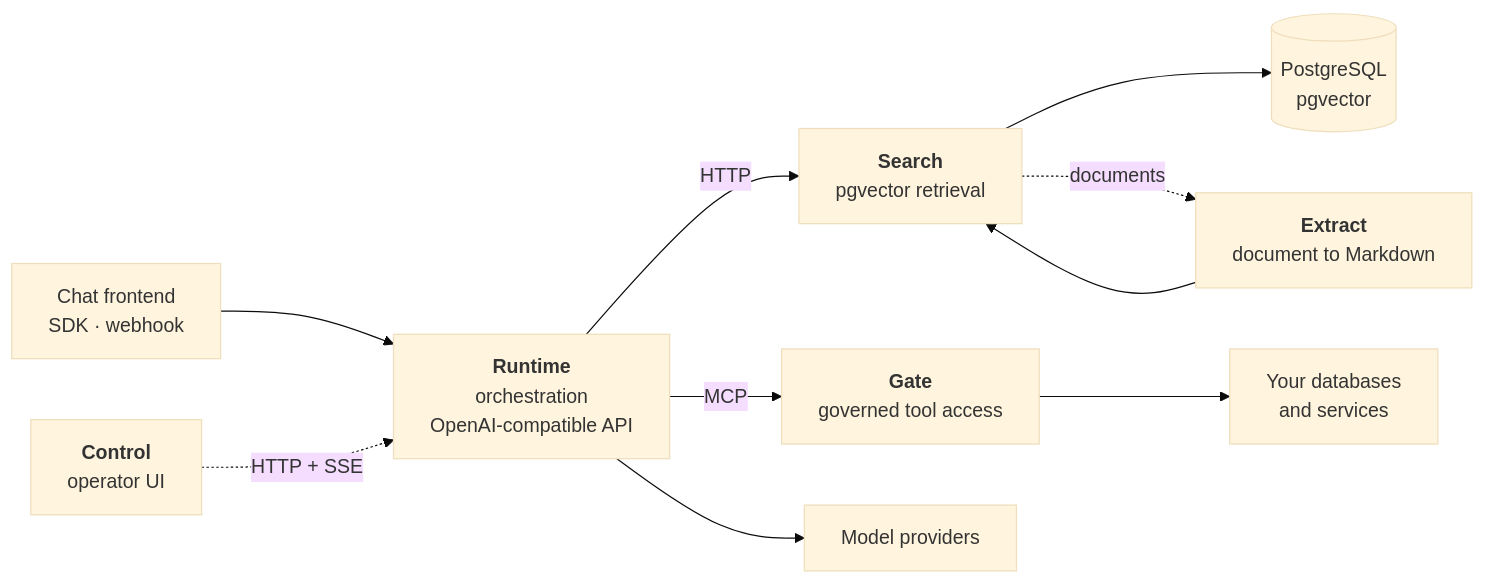
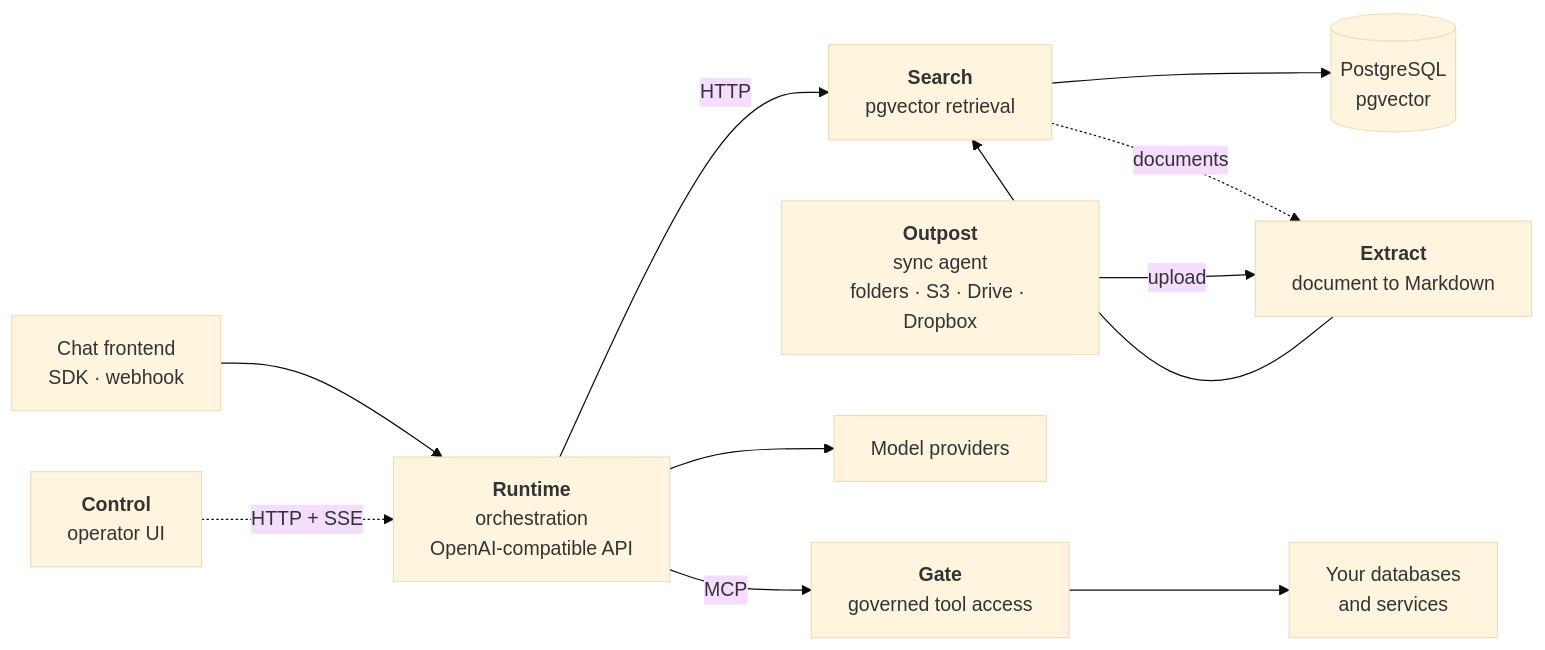
Before and after one commit to Abillify/atf: the diagram in README.md, drawn with Mermaid (base theme). The commit also changed other lines of this file and 26 other files, not shown here.

````diff
--- a/README.md
+++ b/README.md
@@ -94,13 +97,14 @@
 ```mermaid
 flowchart LR
     client["Chat frontend<br/>SDK · webhook"] --> runtime
     control["<b>Control</b><br/>operator UI"] -.->|HTTP + SSE| runtime
     runtime["<b>Runtime</b><br/>orchestration<br/>OpenAI-compatible API"]
     runtime -->|HTTP| search["<b>Search</b><br/>pgvector retrieval"]
     runtime -->|MCP| gate["<b>Gate</b><br/>governed tool access"]
     runtime --> models["Model providers"]
     gate --> systems["Your databases<br/>and services"]
     search --> pg[("PostgreSQL<br/>pgvector")]
     search -.->|documents| extract["<b>Extract</b><br/>document to Markdown"]
     extract --> search
+    outpost["<b>Outpost</b><br/>sync agent<br/>folders · S3 · Drive · Dropbox"] -->|upload| extract
 ```
````
